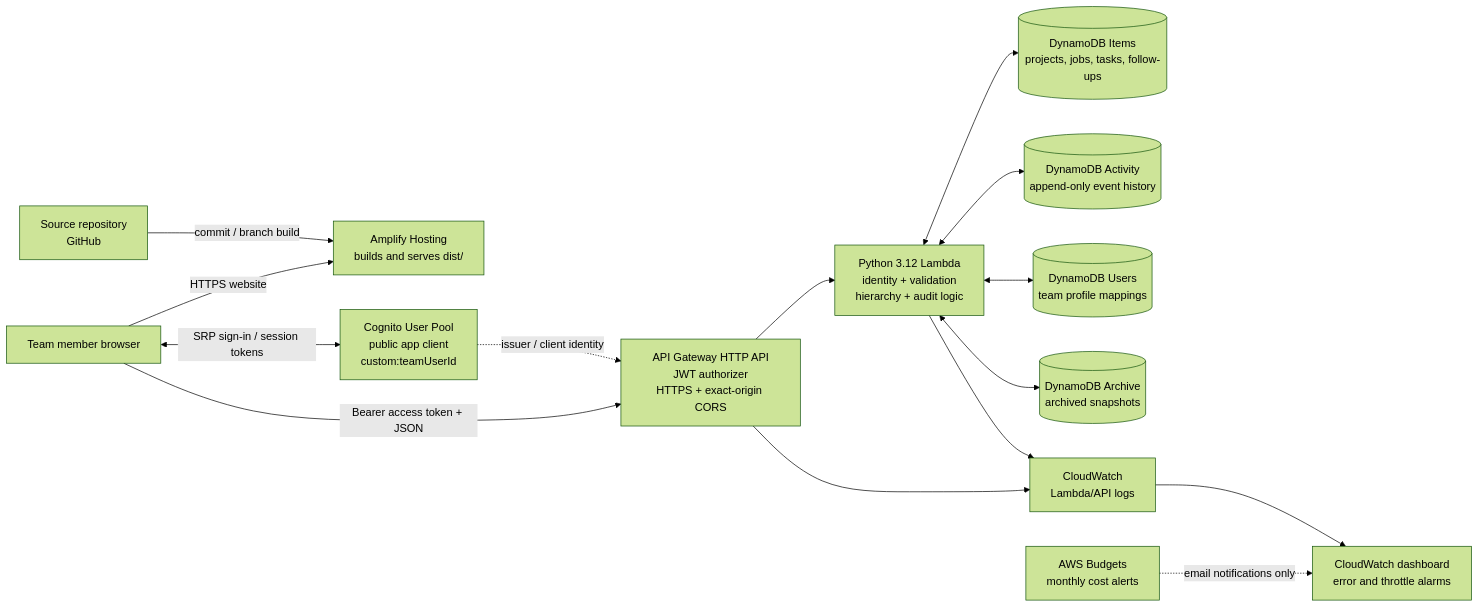
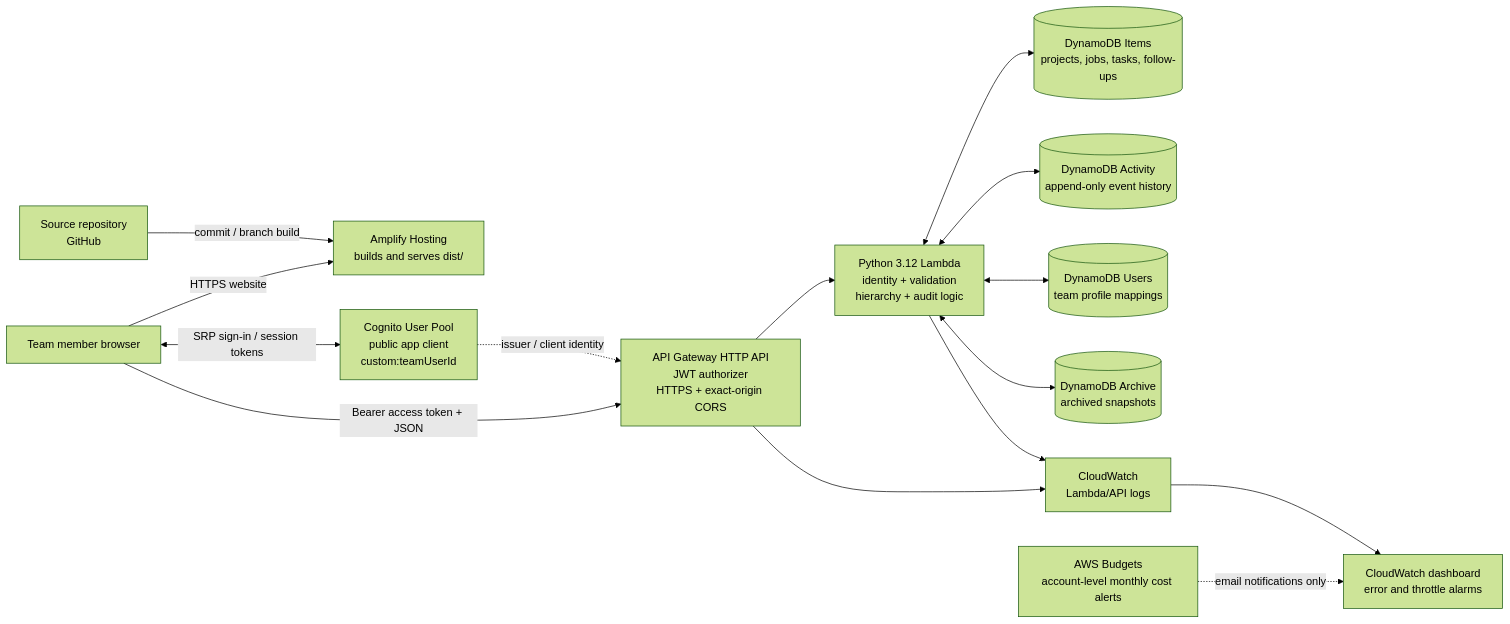
Before and after one commit to retzed/Team_Follow-Up_AWS-Deployment: the diagram in docs/ARCHITECTURE.md, drawn with Mermaid (forest theme). The commit also changed other lines of this file, not shown here.

Commit message:
Clarify account-level cost budget in architecture reference

````diff
--- a/docs/ARCHITECTURE.md
+++ b/docs/ARCHITECTURE.md
@@ -11,31 +11,31 @@
 ```mermaid
 flowchart LR
     Dev["Source repository<br/>GitHub"]
     Member["Team member browser"]
     Host["Amplify Hosting<br/>builds and serves dist/"]
     Auth["Cognito User Pool<br/>public app client<br/>custom:teamUserId"]
     Api["API Gateway HTTP API<br/>JWT authorizer<br/>HTTPS + exact-origin CORS"]
     Fn["Python 3.12 Lambda<br/>identity + validation<br/>hierarchy + audit logic"]
     Items[("DynamoDB Items<br/>projects, jobs, tasks, follow-ups")]
     Activity[("DynamoDB Activity<br/>append-only event history")]
     Users[("DynamoDB Users<br/>team profile mappings")]
     Archive[("DynamoDB Archive<br/>archived snapshots")]
     Obs["CloudWatch<br/>Lambda/API logs"]
     Ops["CloudWatch dashboard<br/>error and throttle alarms"]
-    Budget["AWS Budgets<br/>monthly cost alerts"]
+    Budget["AWS Budgets<br/>account-level monthly cost alerts"]
 
     Dev -->|commit / branch build| Host
     Member -->|HTTPS website| Host
     Member <-->|SRP sign-in / session tokens| Auth
     Member -->|Bearer access token + JSON| Api
     Auth -.->|issuer / client identity| Api
     Api --> Fn
     Fn <--> Items
     Fn <--> Activity
     Fn <--> Users
     Fn <--> Archive
     Api --> Obs
     Fn --> Obs
     Obs --> Ops
     Budget -.->|email notifications only| Ops
 ```
````
